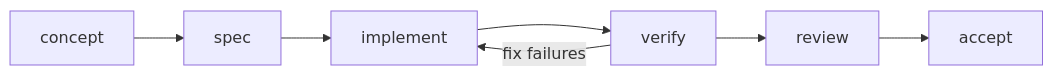
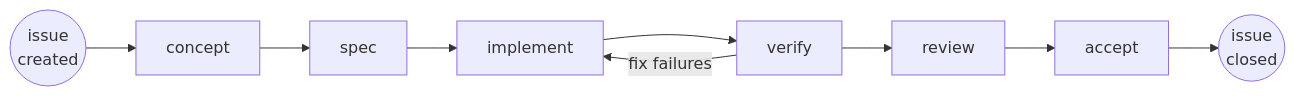
One commit to bsf5y/bs-factory changed the second of 2 diagrams in bs-orchestrator-spec.md. Above: the diagram before and after it, drawn with Mermaid. The commit also changed other lines of this file and 1 other file, not shown here.

Commit message:
Add Issue lifecycle to bs-factory spec.

````diff
--- a/bs-orchestrator-spec.md
+++ b/bs-orchestrator-spec.md
@@ -102,5 +110,7 @@
 ```mermaid
 graph LR
+    issue_create(("issue<br>created")) --> concept
     concept --> spec --> implement --> verify --> review --> accept
+    accept --> issue_close(("issue<br>closed"))
     verify -- "fix failures" --> implement
 ```
````
